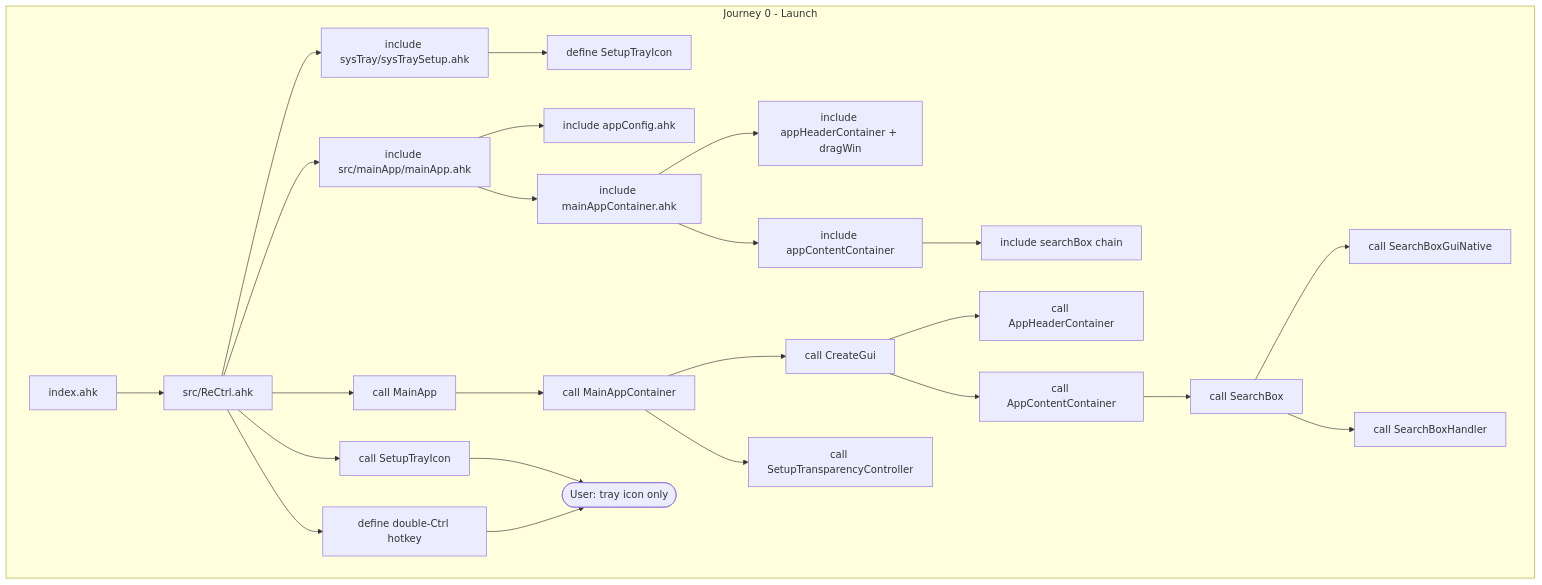
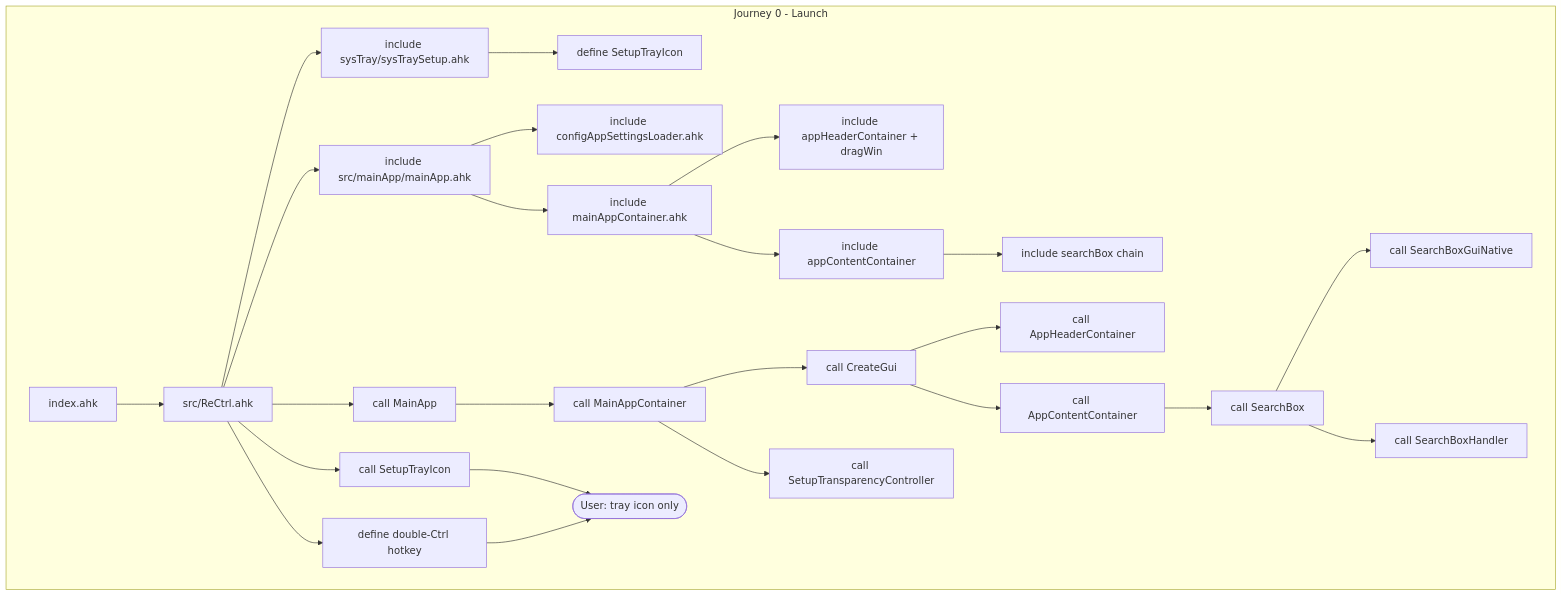
The second of 8 diagrams in docs/user-journey-flow.md (kundan100/ReCtrl), drawn with Mermaid before and after one commit. The commit also changed other lines of this file and 19 other files, not shown here.

Commit message:
refactor configuration management: replace appConfig and config.json with configAppSettings.json; update related references throughout the codebase

````diff
--- a/docs/user-journey-flow.md
+++ b/docs/user-journey-flow.md
@@ -207,32 +207,32 @@
 ```mermaid
 flowchart TB
     subgraph j0 ["Journey 0 - Launch"]
         idx["index.ahk"] --> rc["src/ReCtrl.ahk"]
 
         rc --> incTray["include sysTray/sysTraySetup.ahk"]
         incTray --> defTray["define SetupTrayIcon"]
 
         rc --> incApp["include src/mainApp/mainApp.ahk"]
-        incApp --> incCfg["include appConfig.ahk"]
+        incApp --> incCfg["include configAppSettingsLoader.ahk"]
         incApp --> incContainer["include mainAppContainer.ahk"]
         incContainer --> incHeader["include appHeaderContainer + dragWin"]
         incContainer --> incContent["include appContentContainer"]
         incContent --> incSearch["include searchBox chain"]
 
         rc --> callTray["call SetupTrayIcon"]
         rc --> callMain["call MainApp"]
         callMain --> callContainer["call MainAppContainer"]
         callContainer --> callGui["call CreateGui"]
         callGui --> callHeader["call AppHeaderContainer"]
         callGui --> callContent["call AppContentContainer"]
         callContent --> callSB["call SearchBox"]
         callSB --> callNative["call SearchBoxGuiNative"]
         callSB --> callHandler["call SearchBoxHandler"]
         callContainer --> callTrans["call SetupTransparencyController"]
 
         rc --> defHotkey["define double-Ctrl hotkey"]
         u0(["User: tray icon only"])
         callTray --> u0
         defHotkey --> u0
     end
 ```
````
